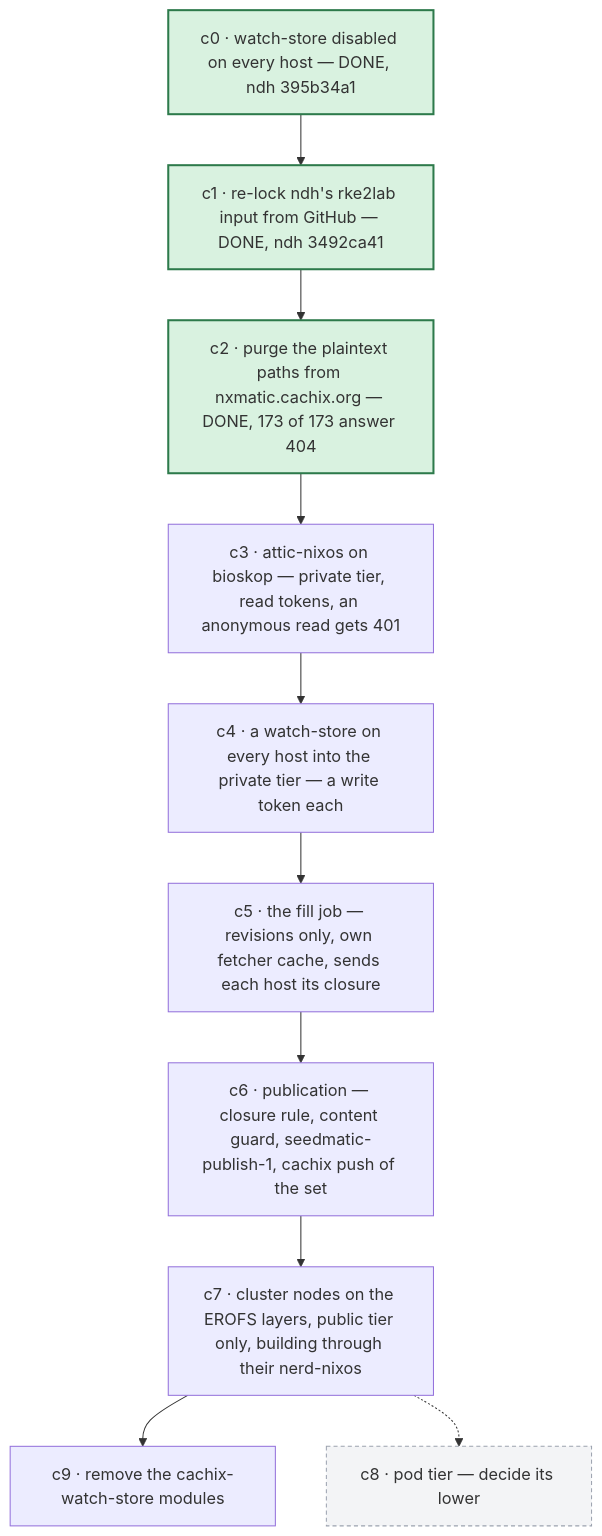
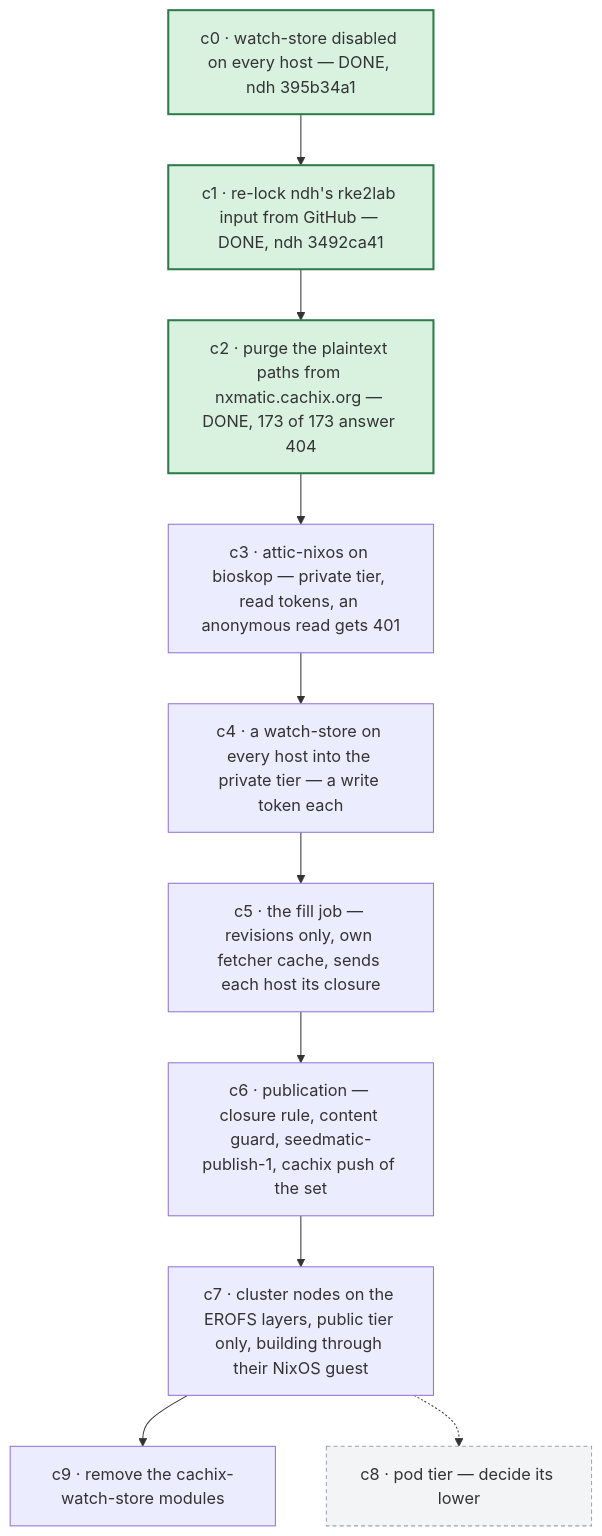
One commit to seedmatic/rke2lab changed the eighth of 8 diagrams in docs/architecture/atlas/fabric-control-plane.adoc. Above: the diagram before and after it, drawn with Mermaid. The commit also changed other lines of this file and 32 other files, not shown here.

```diff
--- a/docs/architecture/atlas/fabric-control-plane.adoc
+++ b/docs/architecture/atlas/fabric-control-plane.adoc
@@ -531,19 +533,19 @@
 [mermaid]
 ....
 flowchart TB
   c0["c0 · watch-store disabled on every host — DONE, ndh 395b34a1"]:::done
   c1["c1 · re-lock ndh's rke2lab input from GitHub — DONE, ndh 3492ca41"]:::done
   c2["c2 · purge the plaintext paths from nxmatic.cachix.org — DONE, 173 of 173 answer 404"]:::done
   c3["c3 · attic-nixos on bioskop — private tier, read tokens, an anonymous read gets 401"]
   c4["c4 · a watch-store on every host into the private tier — a write token each"]
   c5["c5 · the fill job — revisions only, own fetcher cache, sends each host its closure"]
   c6["c6 · publication — closure rule, content guard, seedmatic-publish-1, cachix push of the set"]
-  c7["c7 · cluster nodes on the EROFS layers, public tier only, building through their nerd-nixos"]
+  c7["c7 · cluster nodes on the EROFS layers, public tier only, building through their NixOS guest"]
   c8["c8 · pod tier — decide its lower"]:::later
   c9["c9 · remove the cachix-watch-store modules"]
   c0 --> c1 --> c2 --> c3 --> c4 --> c5 --> c6 --> c7 --> c9
   c7 -.-> c8
 
   classDef done fill:#d9f2e0,stroke:#2d7a4b,stroke-width:2px;
   classDef later fill:#f3f4f6,stroke:#9ca3af,stroke-dasharray:4 3;
 ....
```
